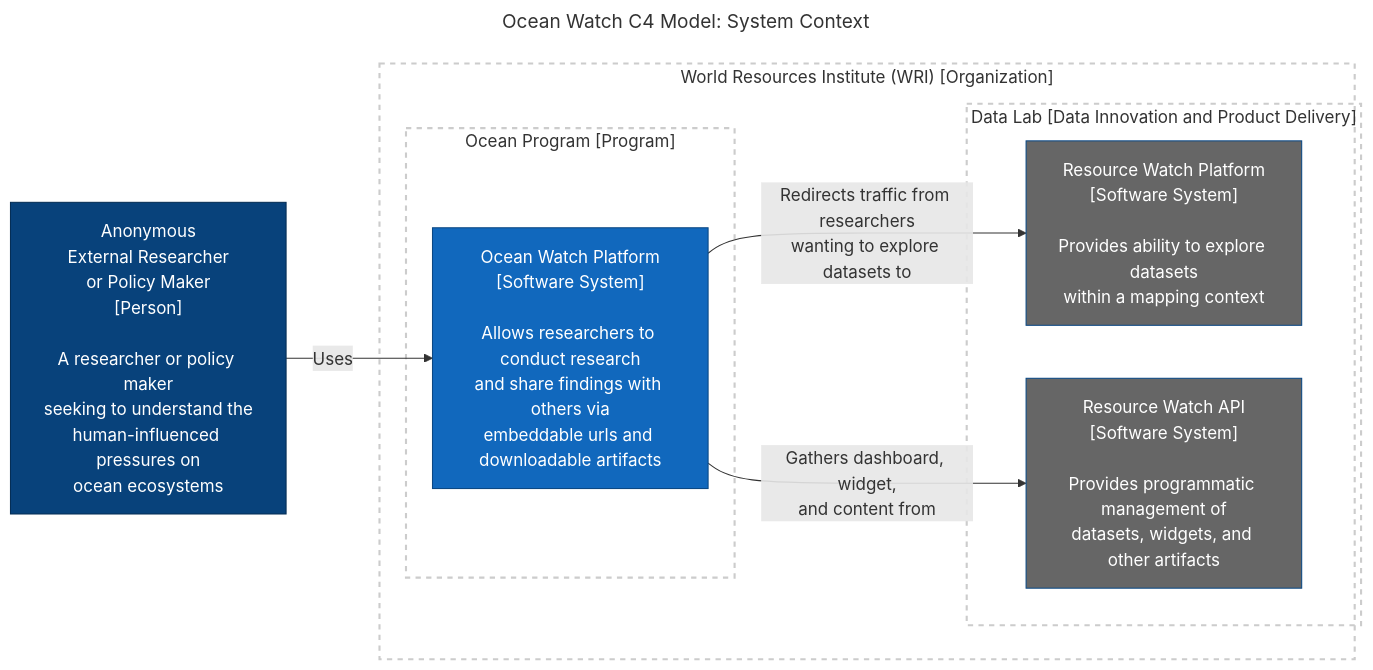
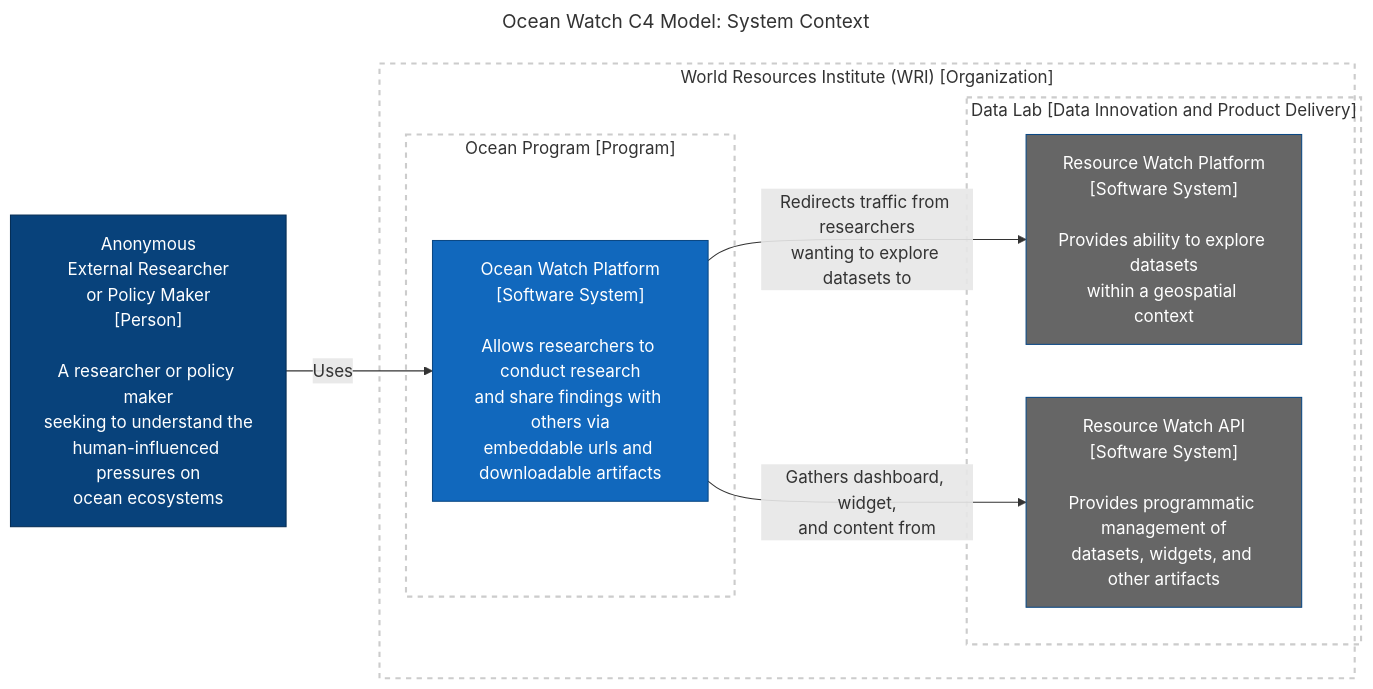
One commit to wri/ocean-watch changed the diagram in docs/architecture/system_context.md. Above: the diagram before and after it, drawn with Mermaid.

Commit message:
docs: update description text

````diff
--- a/docs/architecture/system_context.md
+++ b/docs/architecture/system_context.md
@@ -26,37 +26,37 @@
 ```mermaid
 ---
 title: "Ocean Watch C4 Model: System Context"
 ---
 flowchart LR
   PersonResearcher["Anonymous\nExternal Researcher\nor Policy Maker\n[Person]\n\nA researcher or policy maker\nseeking to understand the\nhuman-influenced pressures on\nocean ecosystems"]
   
   subgraph BoundaryWRI["World Resources Institute (WRI) [Organization]"]
     subgraph BoundaryOceanProgram["Ocean Program [Program]"]
       SystemOceanWatch["Ocean Watch Platform\n[Software System]\n\nAllows researchers to conduct research\nand share findings with others via\nembeddable urls and downloadable artifacts"]
     end
     subgraph BoundaryDataLab["Data Lab [Data Innovation and Product Delivery]"]
-      ExtSystemResourceWatchPlatform["Resource Watch Platform\n[Software System]\n\nProvides ability to explore datasets\nwithin a mapping context"]
+      ExtSystemResourceWatchPlatform["Resource Watch Platform\n[Software System]\n\nProvides ability to explore datasets\nwithin a geospatial context"]
       ExtSystemResourceWatchAPI["Resource Watch API\n[Software System]\n\nProvides programmatic management of\ndatasets, widgets, and other artifacts"]
     end
   end
 
   PersonResearcher -- "Uses" --> SystemOceanWatch
   SystemOceanWatch -- "Gathers dashboard, widget,\nand content from" --> ExtSystemResourceWatchAPI
   SystemOceanWatch -- "Redirects traffic from researchers\nwanting to explore datasets to" --> ExtSystemResourceWatchPlatform
   
   click SystemOceanWatch "https://oceanwatchdata.org" _blank
   click ExtSystemResourceWatchPlatform "https://resourcewatch.org" _blank
   click ExtSystemResourceWatchAPI "https://api.resourcewatch.org/" _blank
   
   classDef focusSystem fill:#1168bd,stroke:#0b4884,color:#ffffff
   classDef supportingSystem fill:#666,stroke:#0b4884,color:#ffffff
   classDef person fill:#08427b,stroke:#052e56,color:#ffffff
   
   class SystemOceanWatch focusSystem
   class ExtSystemResourceWatchAPI,ExtSystemResourceWatchPlatform supportingSystem
   class PersonResearcher person
   
   style BoundaryWRI fill:none,stroke:#CCC,stroke-width:2px,stroke-dasharray: 5 5
   style BoundaryDataLab fill:none,stroke:#CCC,stroke-width:2px,stroke-dasharray: 5 5
   style BoundaryOceanProgram fill:none,stroke:#CCC,stroke-width:2px,stroke-dasharray: 5 5
 ```
````
